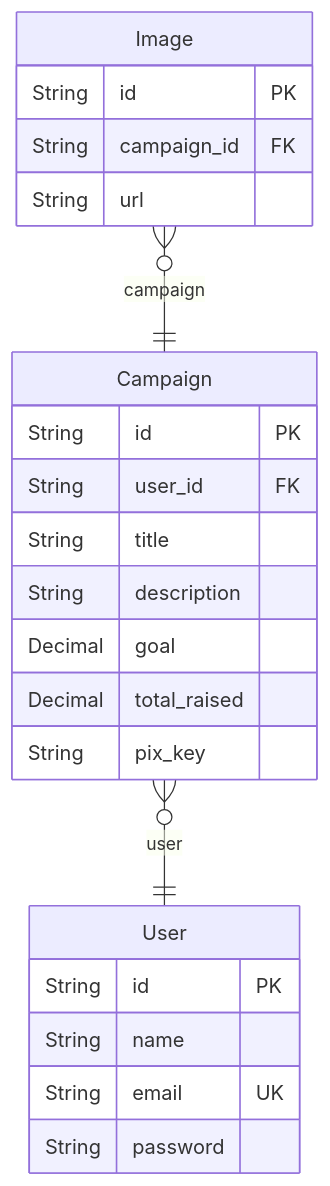
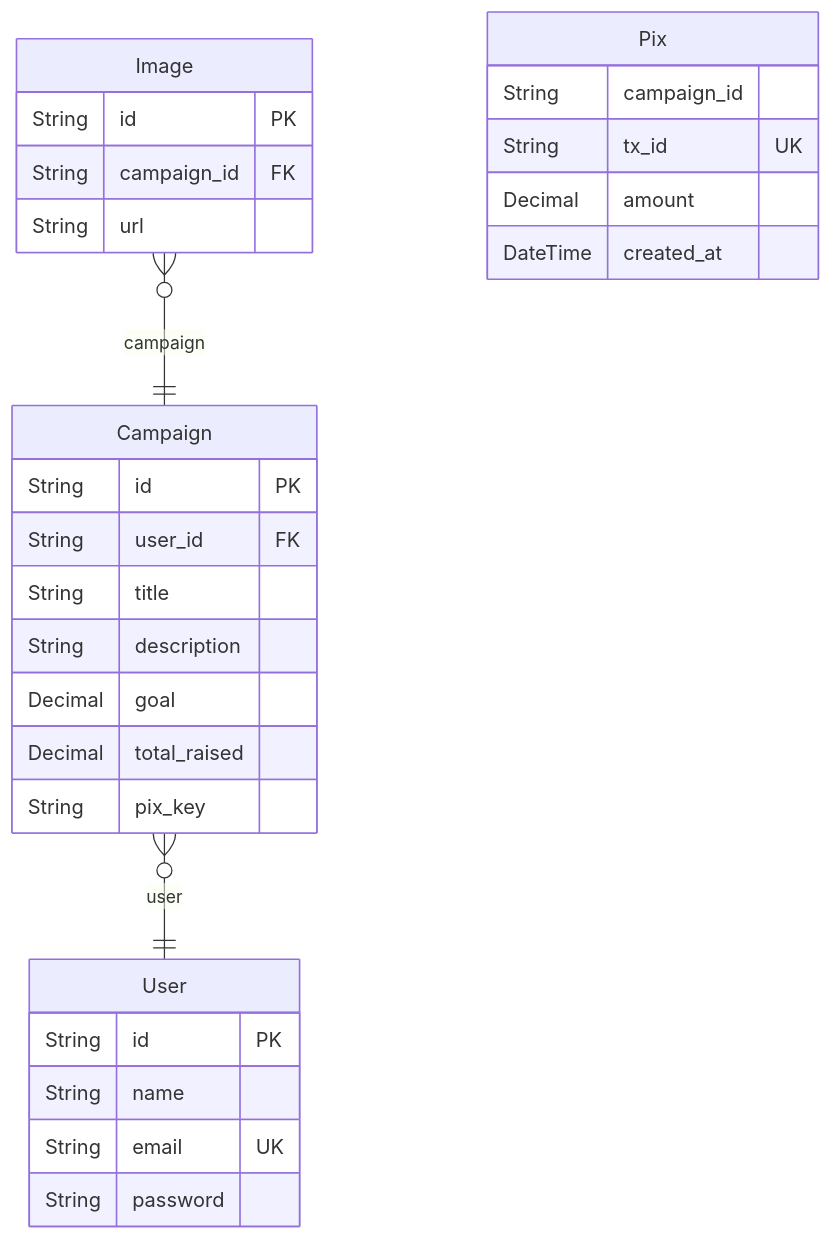
One commit to renansilva15/doe-aqui changed the diagram in ERD.md. Above: the diagram before and after it, drawn with Mermaid. The commit also changed other lines of this file and 6 other files, not shown here.

````diff
--- a/ERD.md
+++ b/ERD.md
@@ -7,25 +7,31 @@
 ```mermaid
 erDiagram
 "User" {
     String id PK
     String name
     String email UK
     String password
 }
 "Image" {
     String id PK
     String campaign_id FK
     String url
 }
 "Campaign" {
     String id PK
     String user_id FK
     String title
     String description
     Decimal goal
     Decimal total_raised
     String pix_key
 }
+"Pix" {
+    String campaign_id
+    String tx_id UK
+    Decimal amount
+    DateTime created_at
+}
 "Image" }o--|| "Campaign" : campaign
 "Campaign" }o--|| "User" : user
 ```
````
